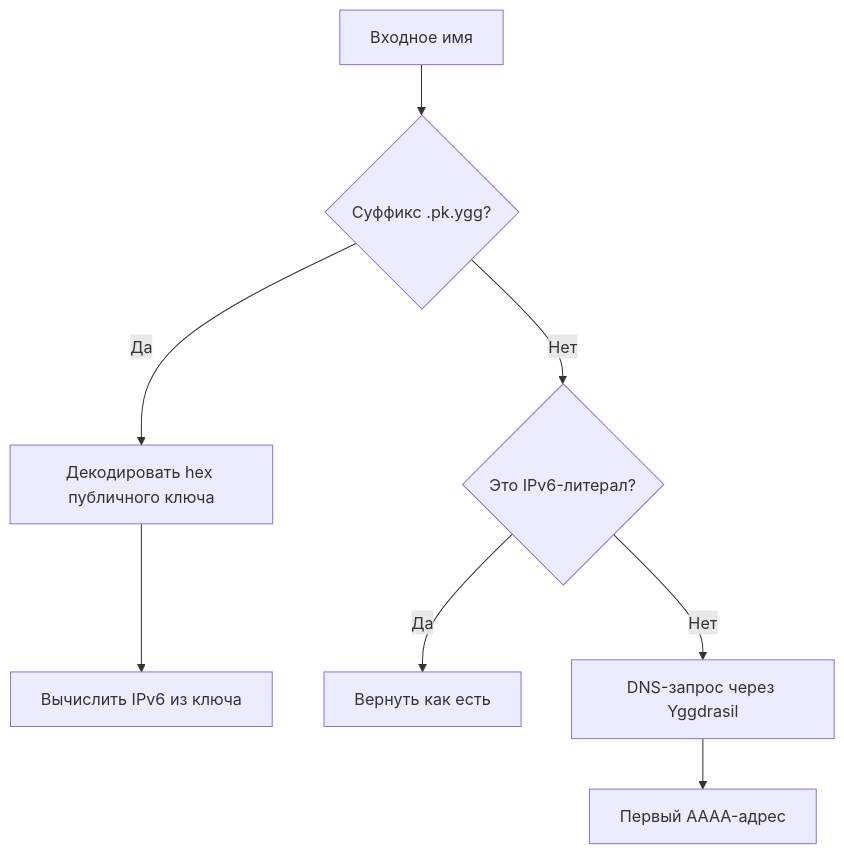
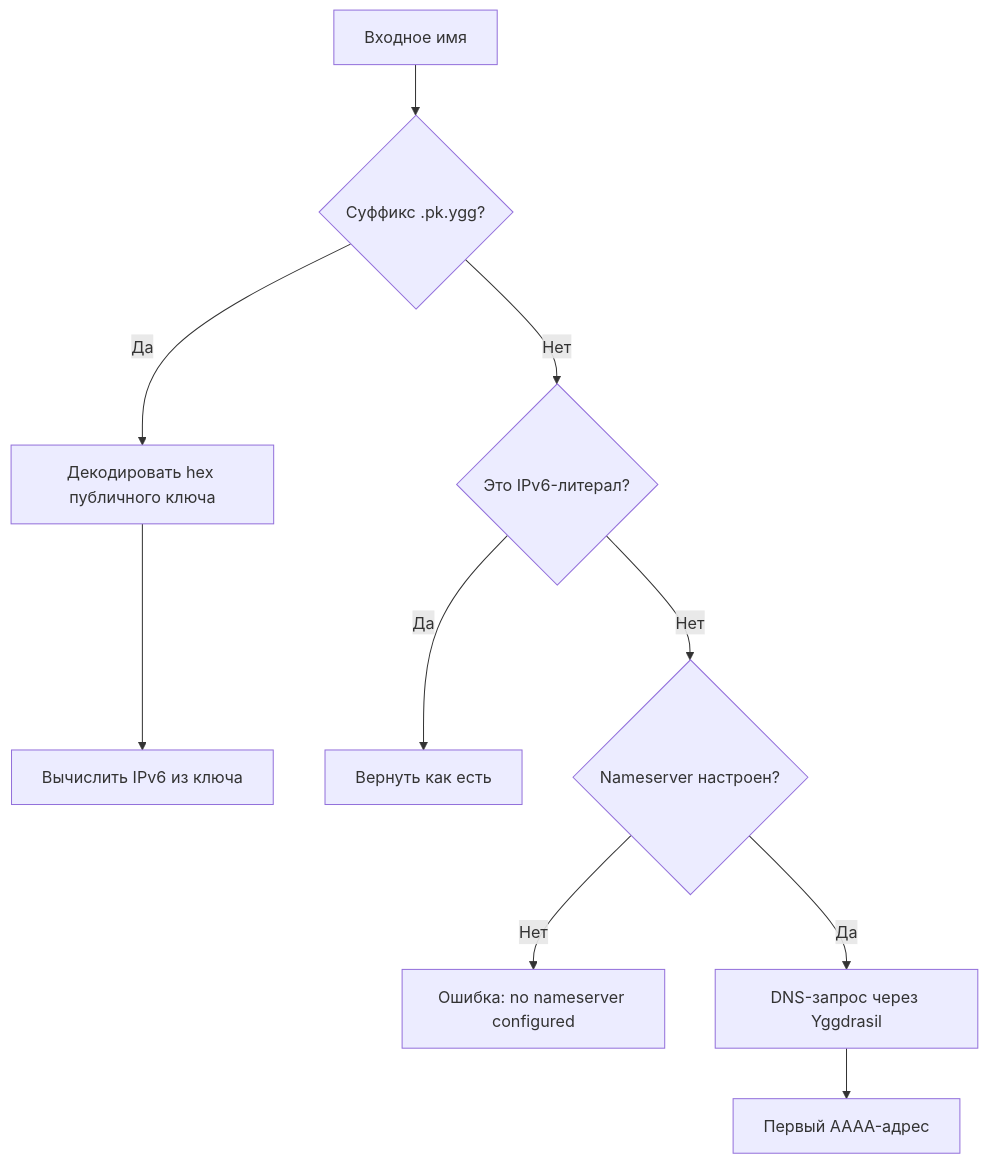
One commit to SUNsung/yggstack changed the fourth of 6 diagrams in temp-new/README.md. Above: the diagram before and after it, drawn with Mermaid. The commit also changed other lines of this file and 5 other files, not shown here.

````diff
--- a/temp-new/README.md
+++ b/temp-new/README.md
@@ -133,11 +133,13 @@
 ```mermaid
 flowchart TD
     Input[Входное имя]
     Input --> PK{Суффикс .pk.ygg?}
     PK -->|Да| HEX[Декодировать hex публичного ключа]
     HEX --> ADDR[Вычислить IPv6 из ключа]
     PK -->|Нет| IP{Это IPv6-литерал?}
     IP -->|Да| PASS[Вернуть как есть]
-    IP -->|Нет| DNS[DNS-запрос через Yggdrasil]
+    IP -->|Нет| NS{Nameserver настроен?}
+    NS -->|Нет| ERR[Ошибка: no nameserver configured]
+    NS -->|Да| DNS[DNS-запрос через Yggdrasil]
     DNS --> RESULT[Первый AAAA-адрес]
 ```
````
